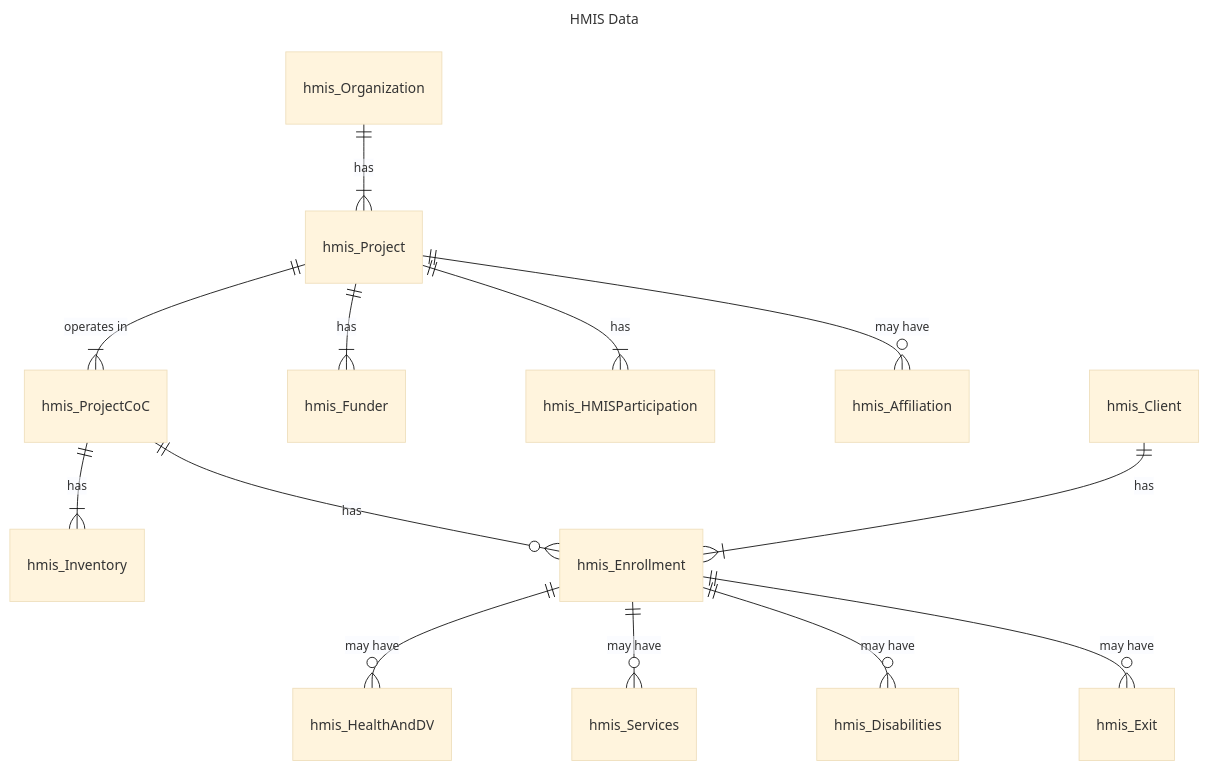
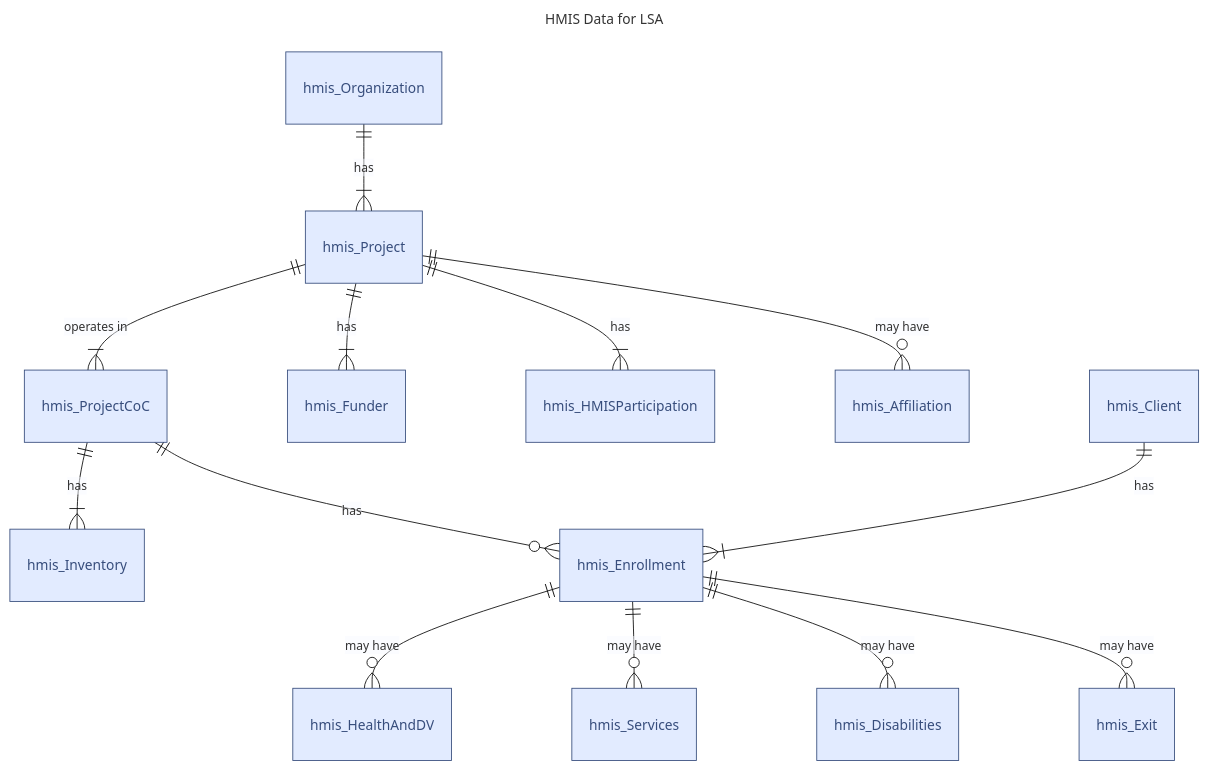
The first of 5 diagrams in docs/03 - Core Concepts and Data Universe.md (MollyMcEvilley/Matilda), drawn with Mermaid (base theme) before and after one commit. The commit also changed other lines of this file and 9 other files, not shown here.

Commit message:
diagrams

````diff
--- a/docs/03 - Core Concepts and Data Universe.md
+++ b/docs/03 - Core Concepts and Data Universe.md
@@ -16,20 +17,22 @@
 ``` mermaid
 ---
-title: HMIS Data
+title: HMIS Data for LSA
 ---
 
 erDiagram
     hmis_Organization ||--|{ hmis_Project : has
     hmis_Project ||--|{ hmis_ProjectCoC : "operates in"
     hmis_Project ||--|{ hmis_Funder : has
     hmis_Project ||--|{ hmis_HMISParticipation : has
     hmis_Project ||--o{ hmis_Affiliation : "may have"
     hmis_ProjectCoC ||--|{ hmis_Inventory : has
     hmis_ProjectCoC ||--o{ hmis_Enrollment : has
     hmis_Client ||--|{ hmis_Enrollment : has
     hmis_Enrollment ||--o{ hmis_HealthAndDV : "may have"
     hmis_Enrollment ||--o{ hmis_Services : "may have"
     hmis_Enrollment ||--o{ hmis_Disabilities : "may have"
     hmis_Enrollment ||--o{ hmis_Exit : "may have"
 
+    classDef default stroke:#374D7C, fill:#E2EBFF, color:#374D7C
+
 ```
````
